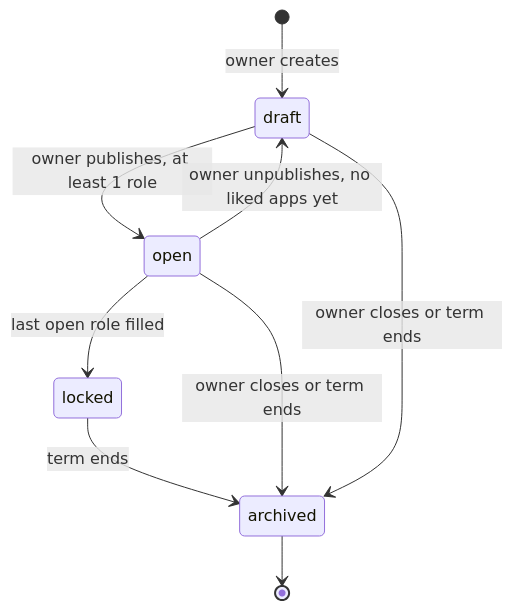
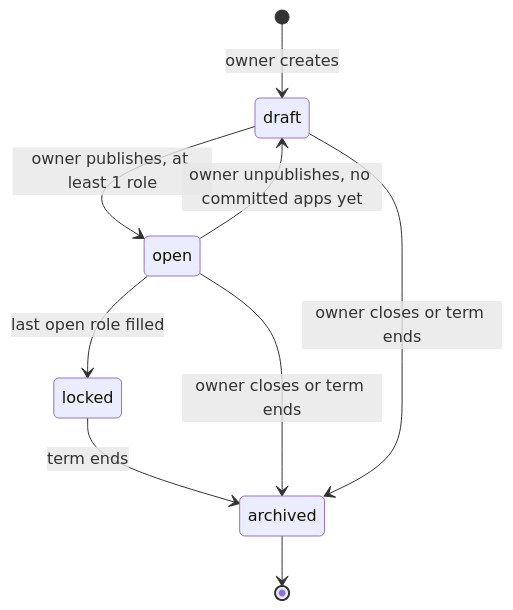
Before and after one commit to season101/teammatch: the fourth of 4 diagrams in docs/architecture/data-model.md, drawn with Mermaid. The commit also changed other lines of this file and 21 other files, not shown here.

````diff
--- a/docs/architecture/data-model.md
+++ b/docs/architecture/data-model.md
@@ -153,11 +158,11 @@
 ```mermaid
 stateDiagram-v2
     [*] --> draft : owner creates
     draft --> open : owner publishes, at least 1 role
-    open --> draft : owner unpublishes, no liked apps yet
+    open --> draft : owner unpublishes, no committed apps yet
     open --> locked : last open role filled
     locked --> archived : term ends
     open --> archived : owner closes or term ends
     draft --> archived : owner closes or term ends
     archived --> [*]
 ```
````
